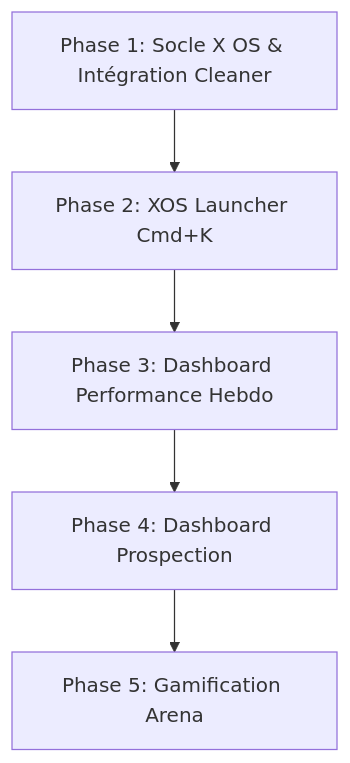
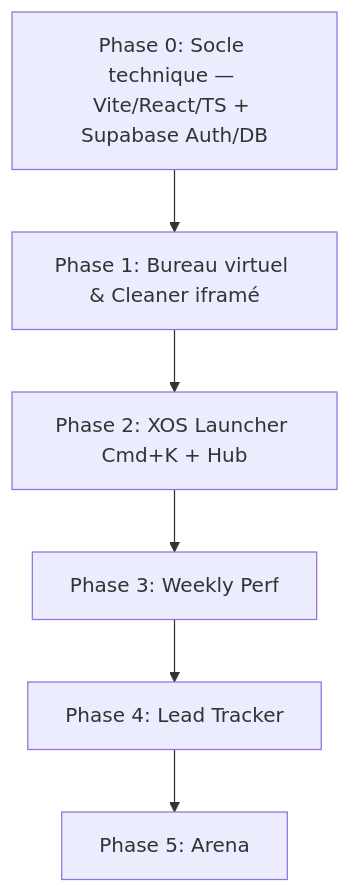
One commit to Theo-Savoy/xOS changed the diagram in docs/xos_portal_plan.md. Above: the diagram before and after it, drawn with Mermaid. The commit also changed other lines of this file and 66 other files, not shown here.

````diff
--- a/docs/xos_portal_plan.md
+++ b/docs/xos_portal_plan.md
@@ -76,7 +158,8 @@
 ```mermaid
 graph TD
-    A[Phase 1: Socle X OS & Intégration Cleaner] --> B[Phase 2: XOS Launcher Cmd+K]
-    B --> C[Phase 3: Dashboard Performance Hebdo]
-    C --> D[Phase 4: Dashboard Prospection]
-    D --> E[Phase 5: Gamification Arena]
+    Z[Phase 0: Socle technique — Vite/React/TS + Supabase Auth/DB] --> A[Phase 1: Bureau virtuel & Cleaner iframé]
+    A --> B[Phase 2: XOS Launcher Cmd+K + Hub]
+    B --> C[Phase 3: Weekly Perf]
+    C --> D[Phase 4: Lead Tracker]
+    D --> E[Phase 5: Arena]
 ```
````
